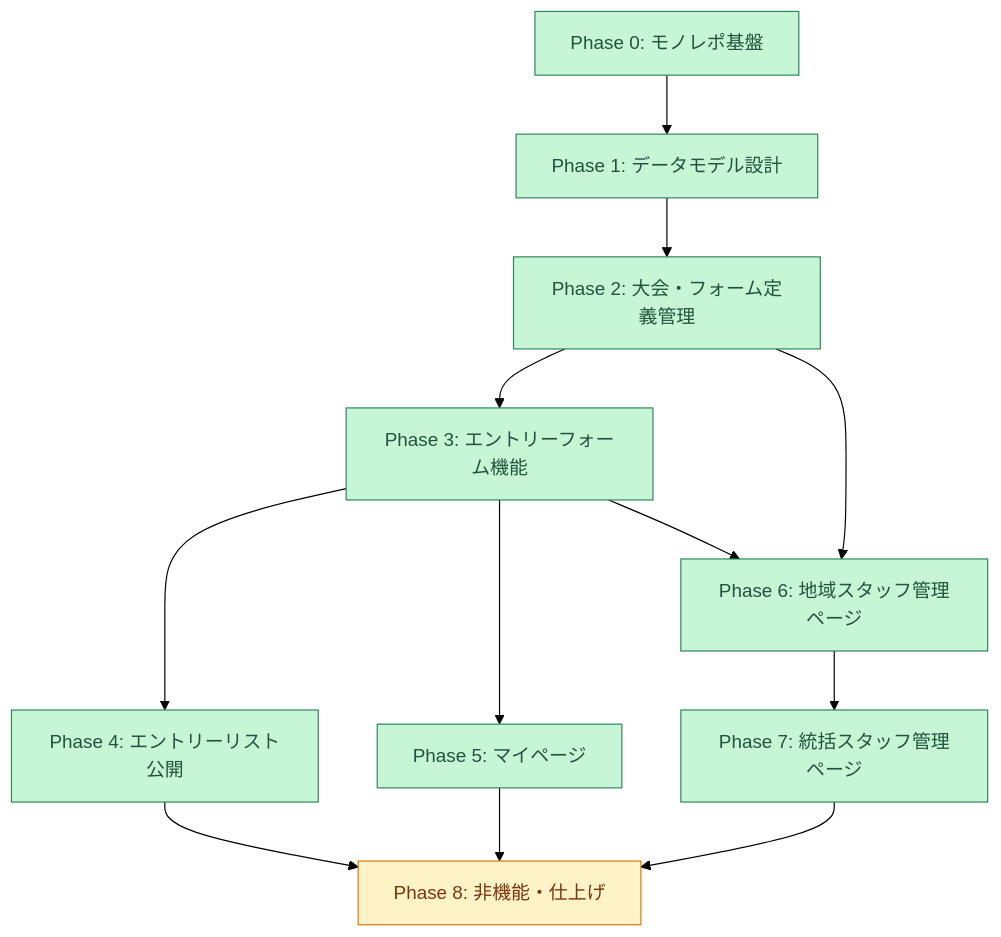
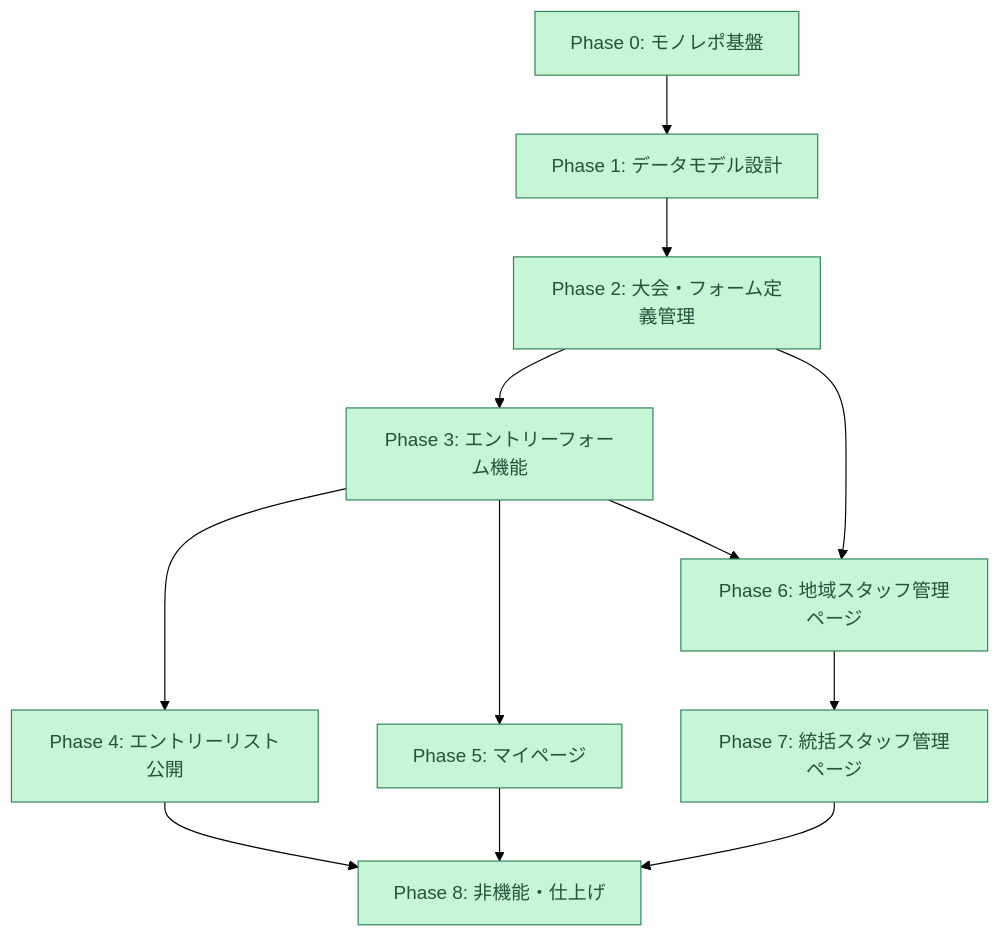
Before and after one commit to m-uesaka/regional-quiz-entry-form: the first of 8 diagrams in tasks.md, drawn with Mermaid (forest theme). The commit also changed other lines of this file and 6 other files, not shown here.

````diff
--- a/tasks.md
+++ b/tasks.md
@@ -68,17 +68,17 @@
 ```mermaid
 graph TD
   P0["Phase 0: モノレポ基盤"]:::done --> P1["Phase 1: データモデル設計"]:::done
   P1 --> P2["Phase 2: 大会・フォーム定義管理"]:::done
   P2 --> P3["Phase 3: エントリーフォーム機能"]:::done
   P3 --> P4["Phase 4: エントリーリスト公開"]:::done
   P3 --> P5["Phase 5: マイページ"]:::done
   P2 --> P6["Phase 6: 地域スタッフ管理ページ"]:::done
   P3 --> P6
   P6 --> P7["Phase 7: 統括スタッフ管理ページ"]:::done
-  P4 --> P8["Phase 8: 非機能・仕上げ"]:::wip
+  P4 --> P8["Phase 8: 非機能・仕上げ"]:::done
   P5 --> P8
   P7 --> P8
 
   classDef done fill:#c6f6d5,stroke:#2f855a,color:#22543d;
   classDef wip fill:#fef3c7,stroke:#d97706,color:#78350f;
 ```
````
